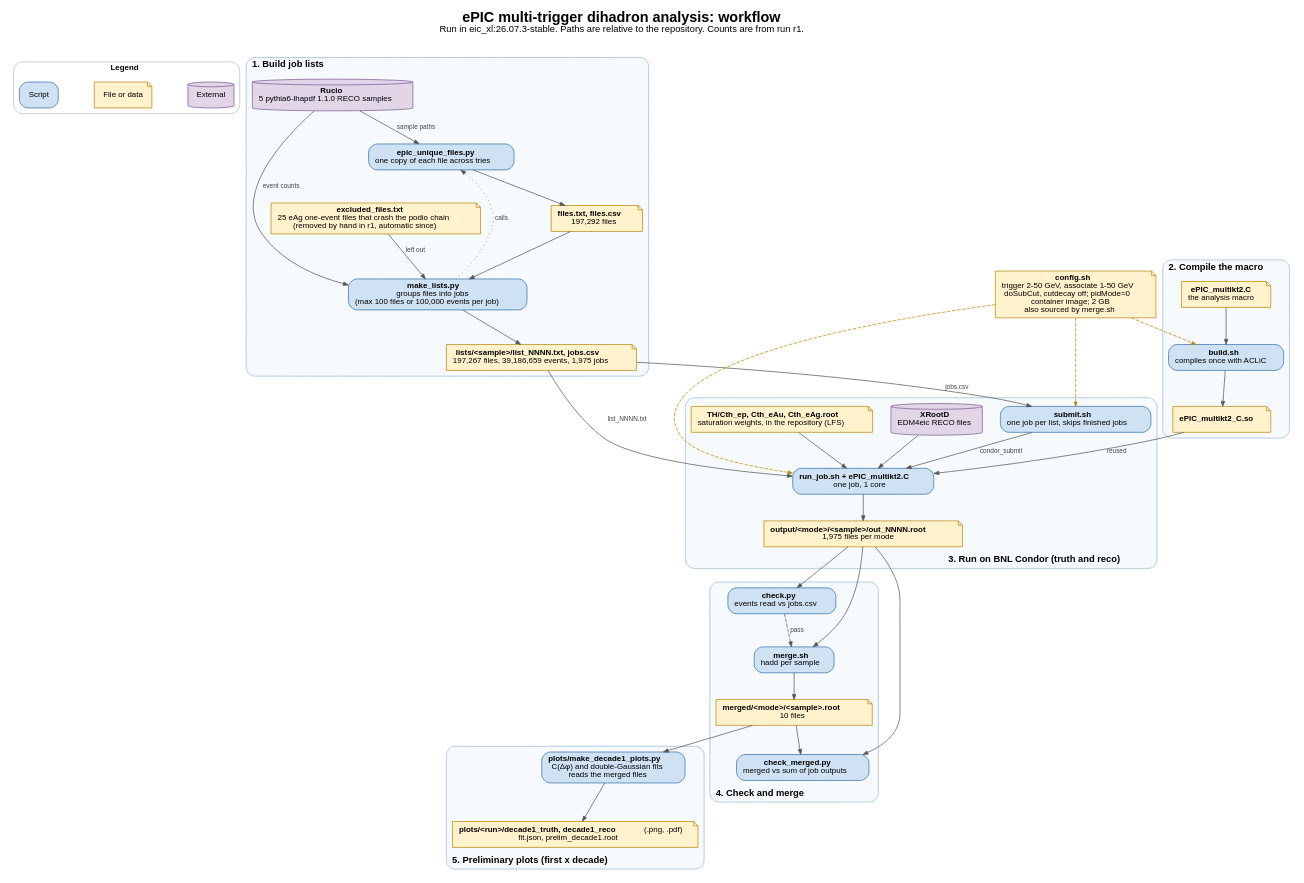
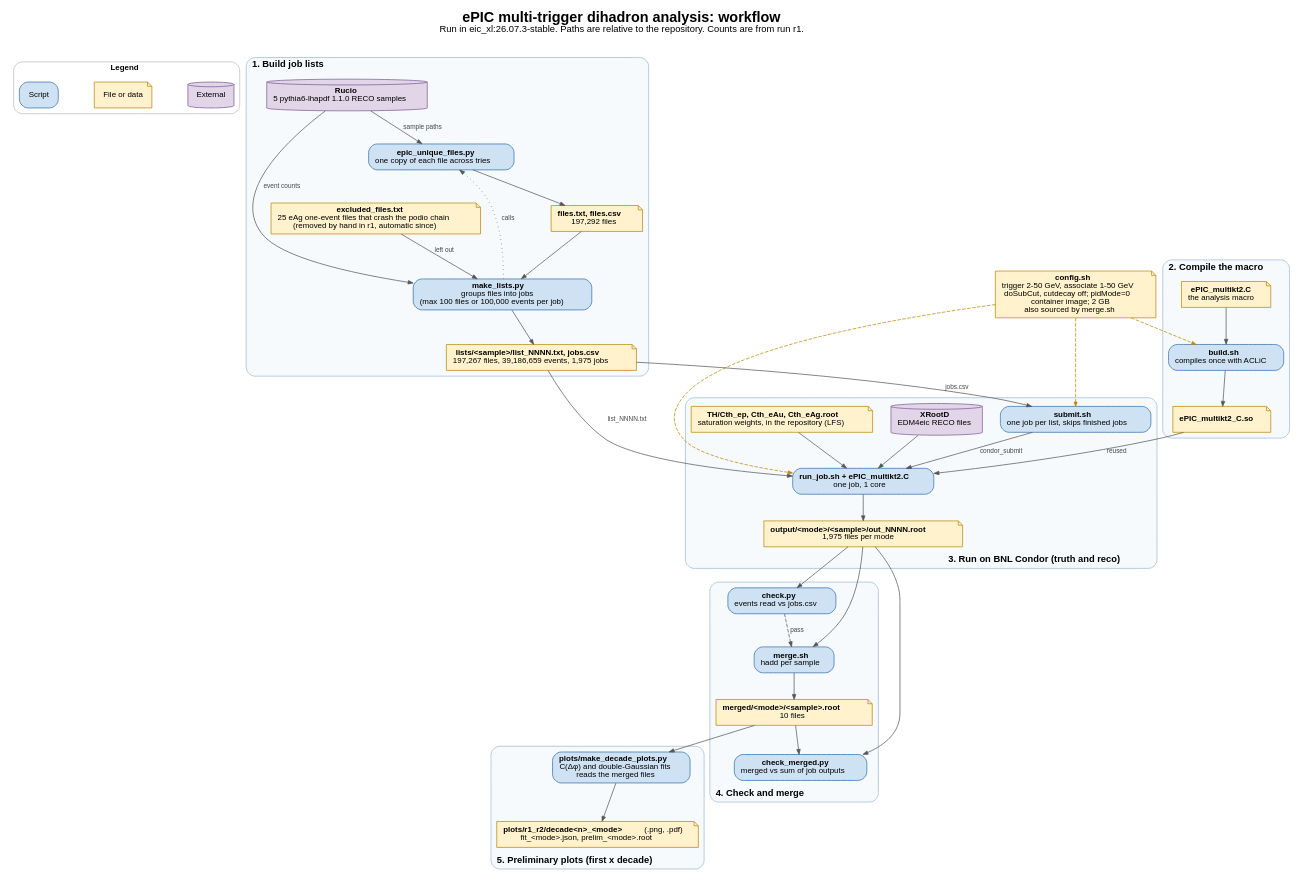
Before and after one commit to rahmans1/DihadronAnalysis: the diagram in workflow.dot, drawn with Graphviz. The commit also changed 4 other files, not shown here.

```diff
--- a/workflow.dot
+++ b/workflow.dot
@@ -1,127 +1,127 @@
 // Workflow of the ePIC dihadron analysis, run r1.
 // Render: dot -Tpdf workflow.dot -o workflow.pdf   (also -Tpng -Gdpi=150, -Tsvg)
 digraph workflow {
   graph [rankdir=TB, fontname="Helvetica", fontsize=20, labelloc=t, nodesep=0.35, ranksep=0.5,
          compound=true, newrank=true, splines=true, bgcolor="white",
          label=<<b>ePIC multi-trigger dihadron analysis: workflow</b><br/><font point-size="13">Run in eic_xl:26.07.3-stable. Paths are relative to the repository. Counts are from run r1.</font><br/> >];
   node  [fontname="Helvetica", fontsize=11, margin="0.12,0.07"];
   edge  [fontname="Helvetica", fontsize=9, color="#555555", fontcolor="#444444", arrowsize=0.7];
 
   // Legend
   subgraph cluster_legend {
     label=<<b>Legend</b>>; fontsize=11; style="rounded"; color="#BBBBBB"; rank=same;
     leg_script [shape=box, style="rounded,filled", fillcolor="#CFE2F3", color="#2F6DA8", label="Script"];
     leg_data   [shape=note, style=filled, fillcolor="#FFF2CC", color="#B8860B", label="File or data"];
     leg_ext    [shape=cylinder, style=filled, fillcolor="#E1D5E7", color="#7A5A94", label="External"];
     leg_script -> leg_data -> leg_ext [style=invis];
   }
 
   // Shared settings
   config [shape=note, style=filled, fillcolor="#FFF2CC", color="#B8860B",
           label=<<b>config.sh</b><br/>trigger 2-50 GeV, associate 1-50 GeV<br/>doSubCut, cutdecay off; pidMode=0<br/>container image; 2 GB<br/>also sourced by merge.sh>];
 
   // 1. Job lists
   subgraph cluster_lists {
     label=<<b>1. Build job lists</b>>; labeljust=l; fontsize=13; style="rounded,filled"; fillcolor="#F7FAFD"; color="#9DB9D3";
     rucio  [shape=cylinder, style=filled, fillcolor="#E1D5E7", color="#7A5A94",
             label=<<b>Rucio</b><br/>5 pythia6-lhapdf 1.1.0 RECO samples>];
     unique [shape=box, style="rounded,filled", fillcolor="#CFE2F3", color="#2F6DA8",
             label=<<b>epic_unique_files.py</b><br/>one copy of each file across tries>];
     make   [shape=box, style="rounded,filled", fillcolor="#CFE2F3", color="#2F6DA8",
             label=<<b>make_lists.py</b><br/>groups files into jobs<br/>(max 100 files or 100,000 events per job)>];
     manif  [shape=note, style=filled, fillcolor="#FFF2CC", color="#B8860B",
             label=<<b>files.txt, files.csv</b><br/>197,292 files>];
     lists  [shape=note, style=filled, fillcolor="#FFF2CC", color="#B8860B",
             label=<<b>lists/&lt;sample&gt;/list_NNNN.txt, jobs.csv</b><br/>197,267 files, 39,186,659 events, 1,975 jobs>];
     excl   [shape=note, style=filled, fillcolor="#FFF2CC", color="#B8860B",
             label=<<b>excluded_files.txt</b><br/>25 eAg one-event files that crash the podio chain<br/>(removed by hand in r1, automatic since)>];
   }
 
   // 2. Macro
   subgraph cluster_macro {
     label=<<b>2. Compile the macro</b>>; labeljust=l; fontsize=13; style="rounded,filled"; fillcolor="#F7FAFD"; color="#9DB9D3";
     macro [shape=note, style=filled, fillcolor="#FFF2CC", color="#B8860B",
            label=<<b>ePIC_multikt2.C</b><br/>the analysis macro>];
     build [shape=box, style="rounded,filled", fillcolor="#CFE2F3", color="#2F6DA8",
            label=<<b>build.sh</b><br/>compiles once with ACLiC>];
     lib   [shape=note, style=filled, fillcolor="#FFF2CC", color="#B8860B",
            label=<<b>ePIC_multikt2_C.so</b>>];
   }
 
   // 3. Condor
   subgraph cluster_batch {
     label=<<b>3. Run on BNL Condor (truth and reco)</b>>; labeljust=r; labelloc=b; fontsize=13; style="rounded,filled"; fillcolor="#F7FAFD"; color="#9DB9D3";
     submit [shape=box, style="rounded,filled", fillcolor="#CFE2F3", color="#2F6DA8",
             label=<<b>submit.sh</b><br/>one job per list, skips finished jobs>];
     runjob [shape=box, style="rounded,filled", fillcolor="#CFE2F3", color="#2F6DA8",
             label=<<b>run_job.sh + ePIC_multikt2.C</b><br/>one job, 1 core>];
     xrd    [shape=cylinder, style=filled, fillcolor="#E1D5E7", color="#7A5A94",
             label=<<b>XRootD</b><br/>EDM4eic RECO files>];
     theory [shape=note, style=filled, fillcolor="#FFF2CC", color="#B8860B",
             label=<<b>TH/Cth_ep, Cth_eAu, Cth_eAg.root</b><br/>saturation weights, in the repository (LFS)>];
     out    [shape=note, style=filled, fillcolor="#FFF2CC", color="#B8860B",
             label=<<b>output/&lt;mode&gt;/&lt;sample&gt;/out_NNNN.root</b><br/>1,975 files per mode>];
   }
 
   // 4. Check and merge
   subgraph cluster_merge {
     label=<<b>4. Check and merge</b>>; labeljust=l; labelloc=b; fontsize=13; style="rounded,filled"; fillcolor="#F7FAFD"; color="#9DB9D3";
     check  [shape=box, style="rounded,filled", fillcolor="#CFE2F3", color="#2F6DA8",
             label=<<b>check.py</b><br/>events read vs jobs.csv>];
     merge  [shape=box, style="rounded,filled", fillcolor="#CFE2F3", color="#2F6DA8",
             label=<<b>merge.sh</b><br/>hadd per sample>];
     merged [shape=note, style=filled, fillcolor="#FFF2CC", color="#B8860B",
             label=<<b>merged/&lt;mode&gt;/&lt;sample&gt;.root</b><br/>10 files>];
     checkm [shape=box, style="rounded,filled", fillcolor="#CFE2F3", color="#2F6DA8",
             label=<<b>check_merged.py</b><br/>merged vs sum of job outputs>];
   }
 
   // 5. Plots
   subgraph cluster_plots {
     label=<<b>5. Preliminary plots (first x decade)</b>>; labeljust=l; labelloc=b; fontsize=13; style="rounded,filled"; fillcolor="#F7FAFD"; color="#9DB9D3";
     plot [shape=box, style="rounded,filled", fillcolor="#CFE2F3", color="#2F6DA8",
-          label=<<b>plots/make_decade1_plots.py</b><br/>C(&#916;&#966;) and double-Gaussian fits<br/>reads the merged files>];
+          label=<<b>plots/make_decade_plots.py</b><br/>C(&#916;&#966;) and double-Gaussian fits<br/>reads the merged files>];
     figs [shape=note, style=filled, fillcolor="#FFF2CC", color="#B8860B",
-          label=<<b>plots/&lt;run&gt;/decade1_truth, decade1_reco</b> (.png, .pdf)<br/>fit.json, prelim_decade1.root>];
+          label=<<b>plots/r1_r2/decade&lt;n&gt;_&lt;mode&gt;</b> (.png, .pdf)<br/>fit_&lt;mode&gt;.json, prelim_&lt;mode&gt;.root>];
   }
 
   // Step 1
   rucio  -> unique [label=" sample paths"];
   unique -> manif;
   manif  -> make;
   rucio  -> make   [label=" event counts"];
   make   -> unique [style=dotted, constraint=false, label=" calls"];
   excl   -> make   [label=" left out"];
   make   -> lists;
 
   // Step 2
   macro -> build;
   build -> lib;
 
   // Step 3
   lists  -> submit [label=" jobs.csv"];
   submit -> runjob [label=" condor_submit"];
   lists  -> runjob [label=" list_NNNN.txt"];
   lib    -> runjob [label=" reused"];
   xrd    -> runjob;
   theory -> runjob;
   runjob -> out;
 
   // Step 4
   out    -> check;
   check  -> merge  [style=dashed, label=" pass"];
   out    -> merge;
   merge  -> merged;
   merged -> checkm;
   out    -> checkm;
 
   // Step 5
   merged -> plot;
   plot -> figs;
 
   // Settings
   edge [color="#B8860B", style=dashed, arrowsize=0.6];
   config -> build;
   config -> submit;
   config -> runjob;
 }
```
